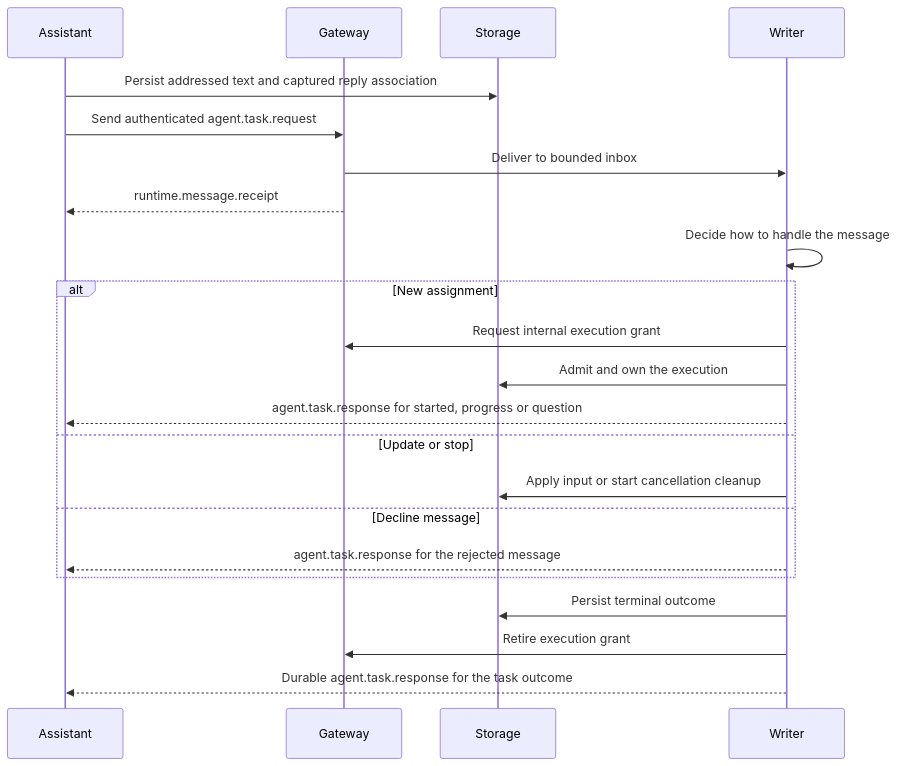
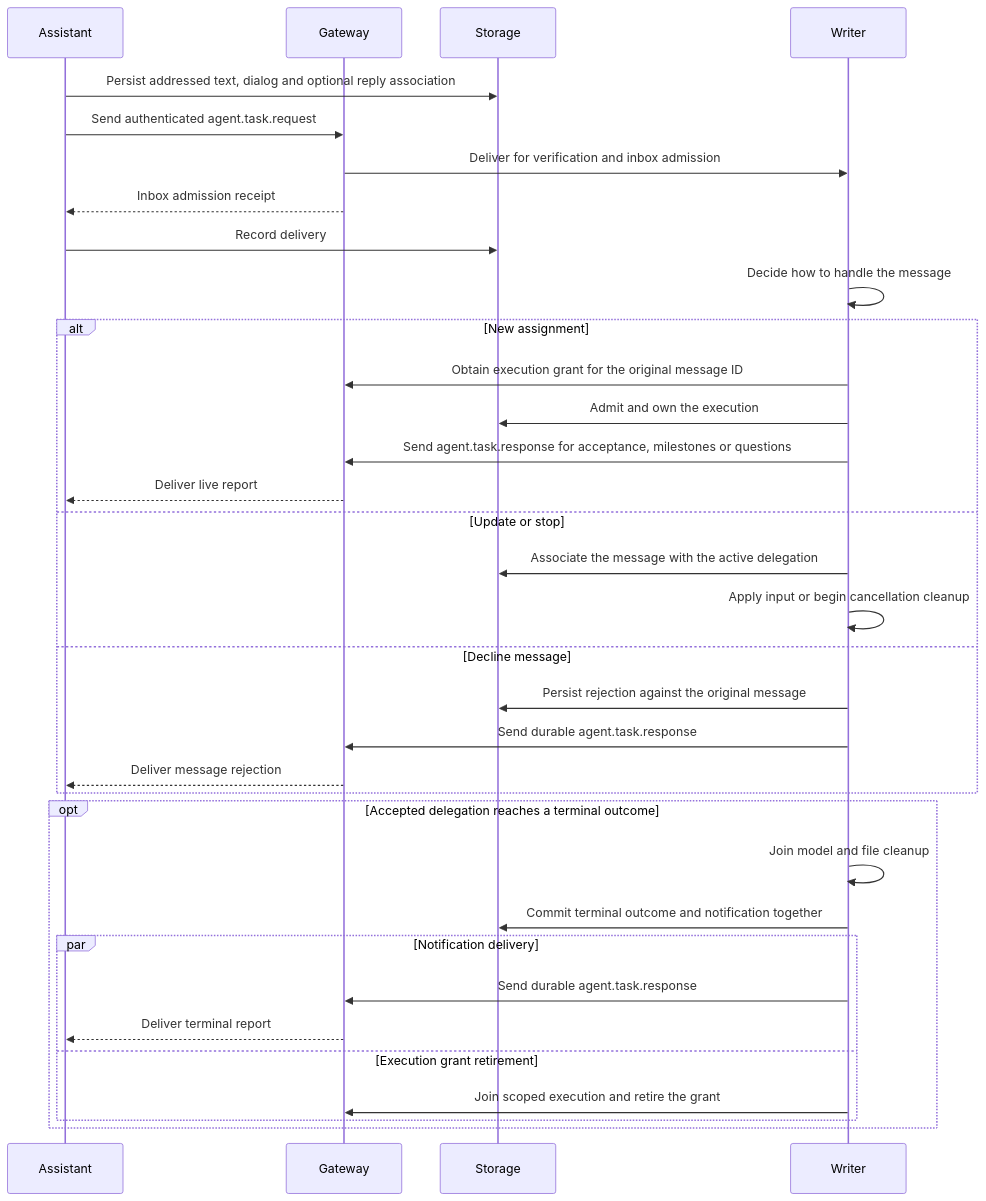
Before and after one commit to devilyouwei/MobileHarness: the sixth of 27 diagrams in MobileHarness/README.md, drawn with Mermaid. The commit also changed other lines of this file and 115 other files, not shown here.

````diff
--- a/MobileHarness/README.md
+++ b/MobileHarness/README.md
@@ -430,24 +424,36 @@
 ```mermaid
 sequenceDiagram
     participant A as Assistant
     participant G as Gateway
     participant S as Storage
     participant W as Writer
-    A->>S: Persist addressed text and captured reply association
+    A->>S: Persist addressed text, dialog and optional reply association
     A->>G: Send authenticated agent.task.request
-    G->>W: Deliver to bounded inbox
-    G-->>A: runtime.message.receipt
+    G->>W: Deliver for verification and inbox admission
+    G-->>A: Inbox admission receipt
+    A->>S: Record delivery
     W->>W: Decide how to handle the message
     alt New assignment
-        W->>G: Request internal execution grant
+        W->>G: Obtain execution grant for the original message ID
         W->>S: Admit and own the execution
-        W-->>A: agent.task.response for started, progress or question
+        W->>G: Send agent.task.response for acceptance, milestones or questions
+        G-->>A: Deliver live report
     else Update or stop
-        W->>S: Apply input or start cancellation cleanup
+        W->>S: Associate the message with the active delegation
+        W->>W: Apply input or begin cancellation cleanup
     else Decline message
-        W-->>A: agent.task.response for the rejected message
+        W->>S: Persist rejection against the original message
+        W->>G: Send durable agent.task.response
+        G-->>A: Deliver message rejection
     end
-    W->>S: Persist terminal outcome
-    W->>G: Retire execution grant
-    W-->>A: Durable agent.task.response for the task outcome
+    opt Accepted delegation reaches a terminal outcome
+        W->>W: Join model and file cleanup
+        W->>S: Commit terminal outcome and notification together
+        par Notification delivery
+            W->>G: Send durable agent.task.response
+            G-->>A: Deliver terminal report
+        and Execution grant retirement
+            W->>G: Join scoped execution and retire the grant
+        end
+    end
 ```
````
